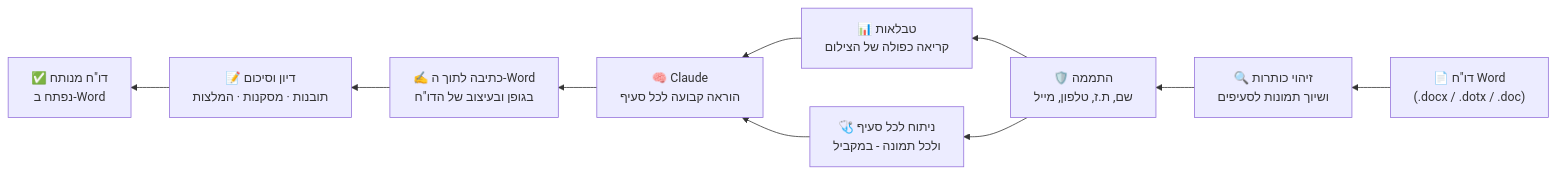
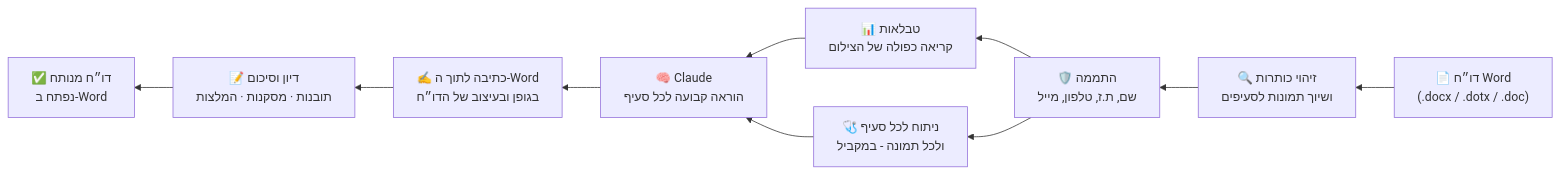
The diagram in README.md (galasulin/report-analyzer-showcase), drawn with Mermaid before and after one commit.

Commit message:
Fix mermaid diagram quotes

````diff
--- a/README.md
+++ b/README.md
@@ -44,12 +44,12 @@
 ```mermaid
 flowchart RL
-    A["📄 דו&quot;ח Word<br/>(.docx / .dotx / .doc)"] --> B["🔍 זיהוי כותרות<br/>ושיוך תמונות לסעיפים"]
+    A["📄 דו״ח Word<br/>(.docx / .dotx / .doc)"] --> B["🔍 זיהוי כותרות<br/>ושיוך תמונות לסעיפים"]
     B --> C["🛡️ התממה<br/>שם, ת.ז, טלפון, מייל"]
     C --> D["📊 טבלאות<br/>קריאה כפולה של הצילום"]
     C --> E["🩺 ניתוח לכל סעיף<br/>ולכל תמונה - במקביל"]
     D --> F["🧠 Claude<br/>הוראה קבועה לכל סעיף"]
     E --> F
-    F --> G["✍️ כתיבה לתוך ה-Word<br/>בגופן ובעיצוב של הדו&quot;ח"]
+    F --> G["✍️ כתיבה לתוך ה-Word<br/>בגופן ובעיצוב של הדו״ח"]
     G --> H["📝 דיון וסיכום<br/>תובנות · מסקנות · המלצות"]
-    H --> I["✅ דו&quot;ח מנותח<br/>נפתח ב-Word"]
+    H --> I["✅ דו״ח מנותח<br/>נפתח ב-Word"]
 ```
````
